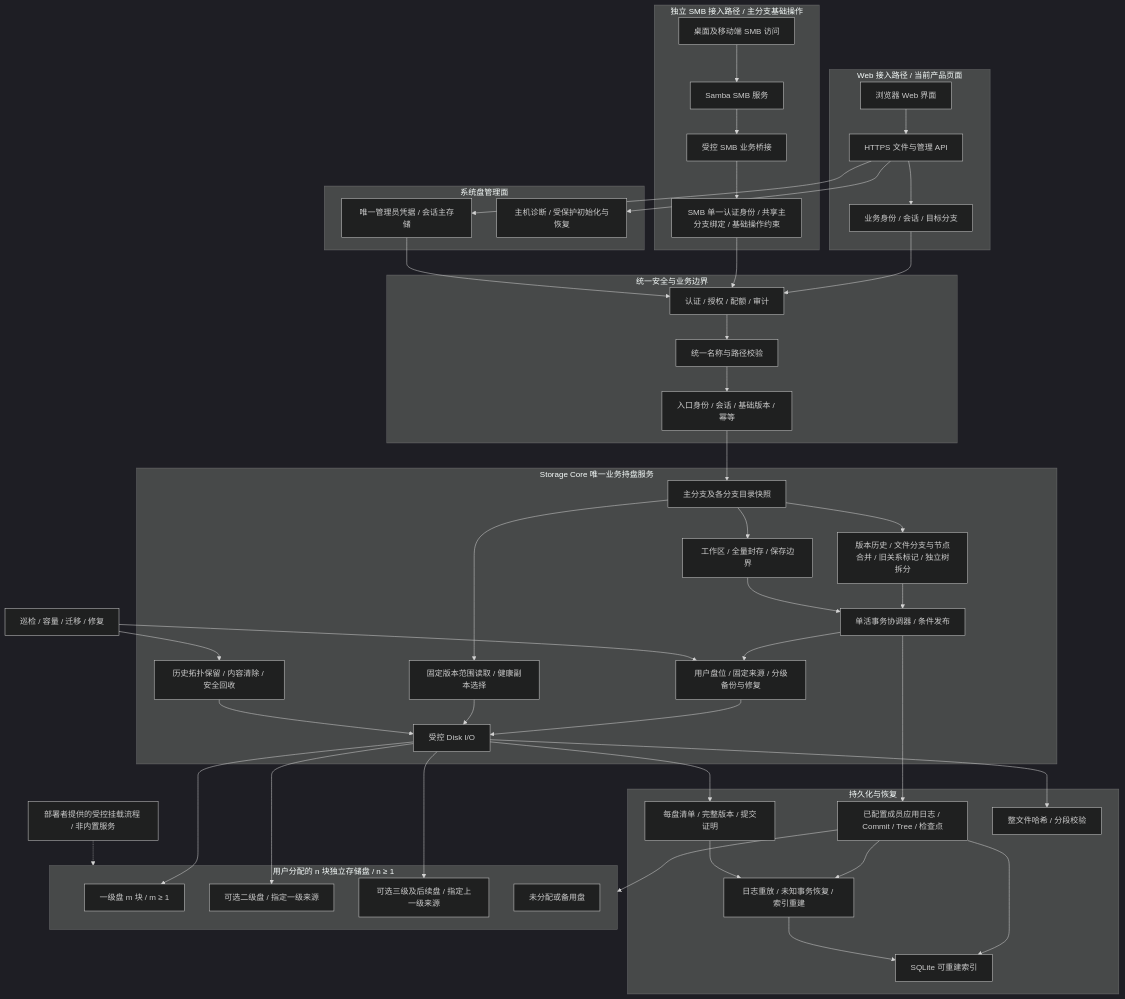
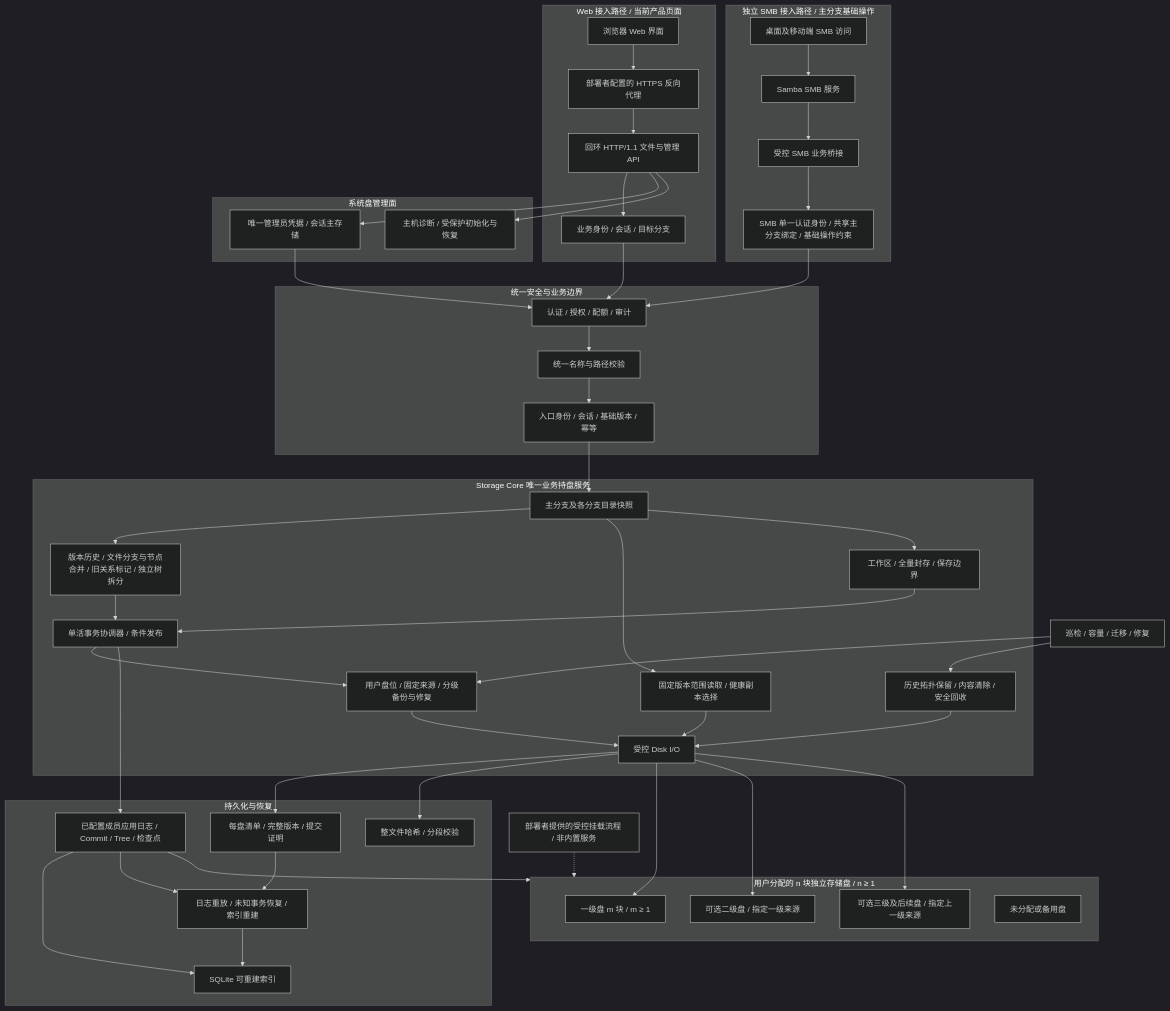
The diagram in docs/03-architecture.md (isarmg/xcs), drawn with Mermaid (dark theme) before and after one commit. The commit also changed other lines of this file and 1 other file, not shown here.

Commit message:
docs: distinguish runtime guarantees from deployment requirements

````diff
--- a/docs/03-architecture.md
+++ b/docs/03-architecture.md
@@ -19,81 +19,82 @@
 ```mermaid
 flowchart TB
     subgraph WEB_ACCESS[Web 接入路径 / 当前产品页面]
         WEB[浏览器 Web 界面]
-        API[HTTPS 文件与管理 API]
+        TLS[部署者配置的 HTTPS 反向代理]
+        API[回环 HTTP/1.1 文件与管理 API]
         AAUTH[业务身份 / 会话 / 目标分支]
-        WEB --> API
+        WEB --> TLS --> API
         API --> AAUTH
     end
 
     subgraph SMB_ACCESS[独立 SMB 接入路径 / 主分支基础操作]
         SACCESS[桌面及移动端 SMB 访问]
         SAMBA[Samba SMB 服务]
         SBRIDGE[受控 SMB 业务桥接]
         SAUTH[SMB 单一认证身份 / 共享主分支绑定 / 基础操作约束]
         SACCESS --> SAMBA
         SAMBA --> SBRIDGE
         SBRIDGE --> SAUTH
     end
 
     subgraph MANAGEMENT[系统盘管理面]
         PRIMARY[唯一管理员凭据 / 会话主存储]
         HOST[主机诊断 / 受保护初始化与恢复]
     end
     API --> PRIMARY
     API --> HOST
 
     subgraph C[统一安全与业务边界]
         AUTH[认证 / 授权 / 配额 / 审计]
         NAME[统一名称与路径校验]
         SESS[入口身份 / 会话 / 基础版本 / 幂等]
     end
     AAUTH --> AUTH
     SAUTH --> AUTH
     PRIMARY --> AUTH
     AUTH --> NAME --> SESS
     subgraph DCORE[Storage Core 唯一业务持盘服务]
         NS[主分支及各分支目录快照]
         HIST[版本历史 / 文件分支与节点合并 / 旧关系标记 / 独立树拆分]
         READ[固定版本范围读取 / 健康副本选择]
         WORK[工作区 / 全量封存 / 保存边界]
         TX[单活事务协调器 / 条件发布]
         REP[用户盘位 / 固定来源 / 分级备份与修复]
         GC[历史拓扑保留 / 内容清除 / 安全回收]
         IO[受控 Disk I/O]
     end
     SESS --> NS
     NS --> HIST
     NS --> READ
     NS --> WORK
     HIST --> TX
     WORK --> TX
     TX --> REP --> IO
     READ --> IO
     GC --> IO
     subgraph E[持久化与恢复]
         LOG[已配置成员应用日志 / Commit / Tree / 检查点]
         IDX[SQLite 可重建索引]
         MAN[每盘清单 / 完整版本 / 提交证明]
         CHECK[整文件哈希 / 分段校验]
         REC[日志重放 / 未知事务恢复 / 索引重建]
     end
     TX --> LOG --> IDX
     IO --> MAN
     IO --> CHECK
     LOG --> REC
     MAN --> REC --> IDX
     subgraph DISKS[用户分配的 n 块独立存储盘 / n ≥ 1]
         P[一级盘 m 块 / m ≥ 1]
         B2[可选二级盘 / 指定一级来源]
         B3[可选三级及后续盘 / 指定上一级来源]
         SP[未分配或备用盘]
     end
     IO --> P
     IO --> B2
     IO --> B3
     LOG --> DISKS
     HELPER[部署者提供的受控挂载流程 / 非内置服务] -.-> DISKS
     MAINT[巡检 / 容量 / 迁移 / 修复] --> REP
     MAINT --> GC
 ```
````
